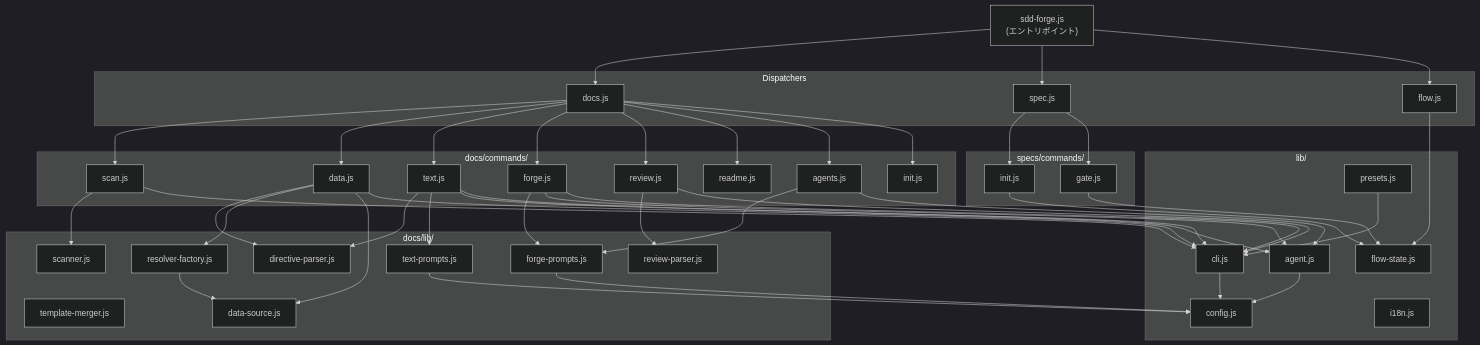
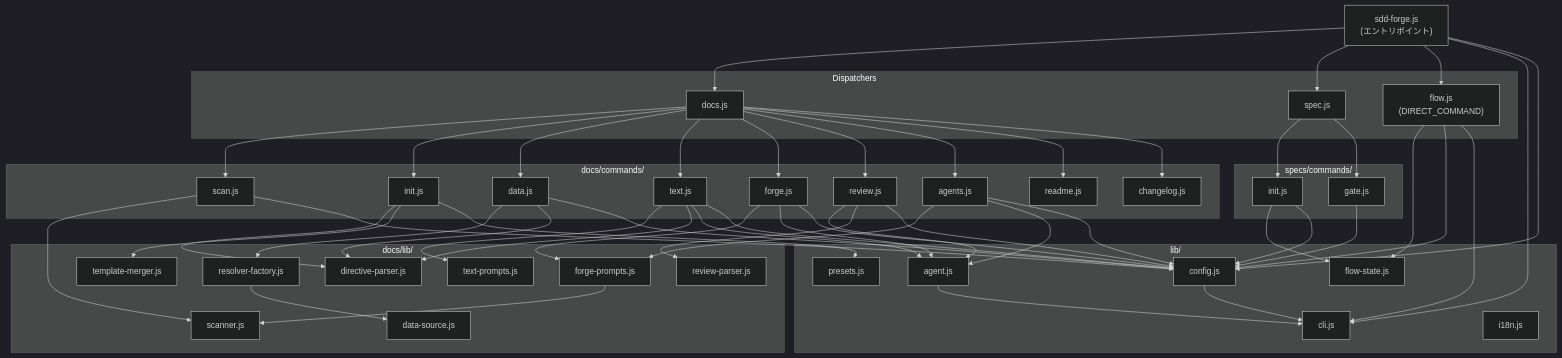
One commit to SpreadWorks/sdd-forge changed the diagram in docs/ja/04_internal_design.md. Above: the diagram before and after it, drawn with Mermaid (dark theme). The commit also changed other lines of this file and 10 other files, not shown here.

````diff
--- a/docs/ja/04_internal_design.md
+++ b/docs/ja/04_internal_design.md
@@ -115,88 +148,96 @@
     subgraph Dispatchers
         DOCS["docs.js"]
         SPEC["spec.js"]
-        FLOW["flow.js"]
+        FLOW["flow.js\n(DIRECT_COMMAND)"]
     end
 
-    subgraph Commands_Docs["docs/commands/"]
+    subgraph DocsCommands["docs/commands/"]
         SCAN["scan.js"]
+        INIT["init.js"]
         DATA["data.js"]
         TEXT["text.js"]
         FORGE["forge.js"]
         REVIEW["review.js"]
+        AGENTS["agents.js"]
         README["readme.js"]
-        AGENTS["agents.js"]
-        INIT_D["init.js"]
+        CLOG["changelog.js"]
     end
 
-    subgraph Commands_Spec["specs/commands/"]
-        SPEC_INIT["init.js"]
+    subgraph SpecCommands["specs/commands/"]
+        SINIT["init.js"]
         GATE["gate.js"]
     end
 
     subgraph Lib["lib/"]
         AGENT["agent.js"]
-        CLI_LIB["cli.js"]
+        CLIU["cli.js"]
         CONFIG["config.js"]
-        FLOW_STATE["flow-state.js"]
+        FSTATE["flow-state.js"]
         PRESETS["presets.js"]
         I18N["i18n.js"]
     end
 
-    subgraph DocLib["docs/lib/"]
+    subgraph DocsLib["docs/lib/"]
         SCANNER["scanner.js"]
-        DIRECTIVE["directive-parser.js"]
-        MERGER["template-merger.js"]
-        FORGE_P["forge-prompts.js"]
-        TEXT_P["text-prompts.js"]
-        REVIEW_P["review-parser.js"]
+        DIRPARSER["directive-parser.js"]
+        TMERGER["template-merger.js"]
+        FPROMPTS["forge-prompts.js"]
+        TPROMPTS["text-prompts.js"]
+        RPARSER["review-parser.js"]
         DS["data-source.js"]
-        RESOLVER["resolver-factory.js"]
+        RFACTORY["resolver-factory.js"]
     end
 
     CLI --> DOCS
     CLI --> SPEC
     CLI --> FLOW
+    CLI --> CLIU
+    CLI --> CONFIG
 
     DOCS --> SCAN
+    DOCS --> INIT
     DOCS --> DATA
     DOCS --> TEXT
     DOCS --> FORGE
     DOCS --> REVIEW
+    DOCS --> AGENTS
     DOCS --> README
-    DOCS --> AGENTS
-    DOCS --> INIT_D
+    DOCS --> CLOG
 
-    SPEC --> SPEC_INIT
+    SPEC --> SINIT
     SPEC --> GATE
 
     SCAN --> SCANNER
-    DATA --> DIRECTIVE
-    DATA --> RESOLVER
-    DATA --> DS
-    TEXT --> DIRECTIVE
-    TEXT --> TEXT_P
+    SCAN --> CONFIG
+    INIT --> DIRPARSER
+    INIT --> TMERGER
+    INIT --> PRESETS
+    DATA --> RFACTORY
+    DATA --> DIRPARSER
+    DATA --> CONFIG
+    TEXT --> TPROMPTS
+    TEXT --> DIRPARSER
     TEXT --> AGENT
-    FORGE --> FORGE_P
+    TEXT --> CONFIG
+    FORGE --> FPROMPTS
     FORGE --> AGENT
-    REVIEW --> REVIEW_P
-    AGENTS --> FORGE_P
+    FORGE --> CONFIG
+    REVIEW --> AGENT
+    REVIEW --> RPARSER
+    REVIEW --> CONFIG
+    AGENTS --> FPROMPTS
     AGENTS --> AGENT
+    AGENTS --> CONFIG
 
-    RESOLVER --> DS
-    TEXT_P --> CONFIG
-    FORGE_P --> CONFIG
-    SPEC_INIT --> FLOW_STATE
-    GATE --> FLOW_STATE
-    FLOW --> FLOW_STATE
+    RFACTORY --> DS
+    FPROMPTS --> SCANNER
+    FLOW --> FSTATE
+    FLOW --> CONFIG
+    FLOW --> CLIU
+    SINIT --> FSTATE
+    SINIT --> CONFIG
+    GATE --> CONFIG
 
-    SCAN --> CLI_LIB
-    DATA --> CLI_LIB
-    TEXT --> CLI_LIB
-    FORGE --> CLI_LIB
-    REVIEW --> CLI_LIB
-
-    CLI_LIB --> CONFIG
-    AGENT --> CONFIG
-    PRESETS --> CLI_LIB
+    AGENT --> CLIU
+    CONFIG --> CLIU
 ```
````
